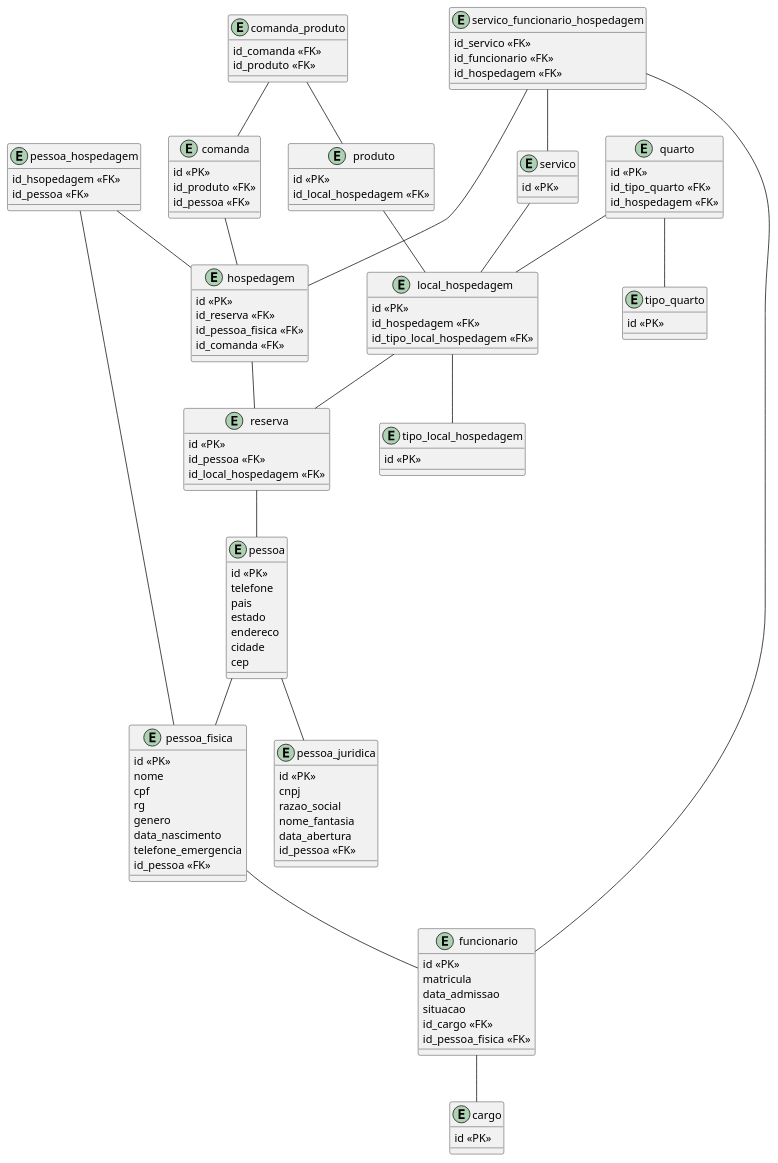
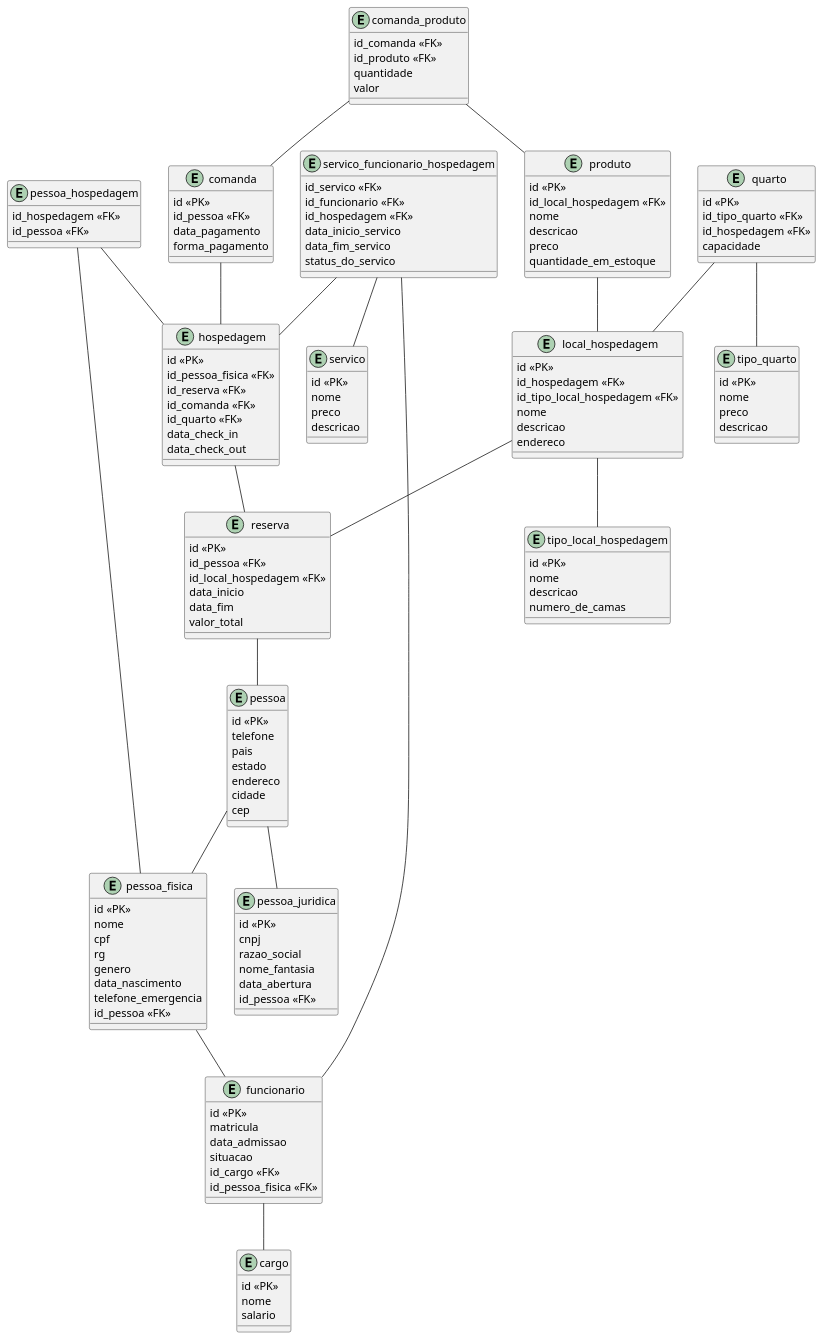
One commit to Berjooj/Pratica-DB-A1-N1 changed the diagram in Hospedagem.plantuml. Above: the diagram before and after it, drawn with PlantUML. The commit also changed 1 other file, not shown here.

Commit message:
Ajustes ER

```diff
--- a/Hospedagem.plantuml
+++ b/Hospedagem.plantuml
@@ -1,143 +1,172 @@
 @startuml Hospedagem
 
 entity pessoa{
     id <<PK>>
     telefone
     pais
     estado
     endereco
     cidade
     cep
 }
 
 entity pessoa_fisica{
     id <<PK>>
     nome
     cpf
     rg
     genero
     data_nascimento
     telefone_emergencia
     id_pessoa <<FK>>
 }
 
 entity pessoa_juridica{
     id <<PK>>
     cnpj
     razao_social
     nome_fantasia
     data_abertura
     id_pessoa <<FK>>
 }
 
 entity cargo{
     id <<PK>>
+    nome
+    salario
 }
 
 entity funcionario{
     id <<PK>>
     matricula
     data_admissao
     situacao
     id_cargo <<FK>>
     id_pessoa_fisica <<FK>>
 }
 
 entity reserva{
     id <<PK>>
     id_pessoa <<FK>>
     id_local_hospedagem <<FK>>
+    data_inicio
+    data_fim
+    valor_total
 }
 
 entity hospedagem{
     id <<PK>>
+    id_pessoa_fisica <<FK>>
     id_reserva <<FK>>
-    id_pessoa_fisica <<FK>>
     id_comanda <<FK>>
+    id_quarto <<FK>>
+    data_check_in
+    data_check_out
+}
+
+entity pessoa_hospedagem{
+    id_hospedagem <<FK>>
+    id_pessoa <<FK>>
 }
 
 entity tipo_local_hospedagem{
     id <<PK>>
+    nome
+    descricao
+    numero_de_camas
 }
 
 entity local_hospedagem{
     id <<PK>>
     id_hospedagem <<FK>>
     id_tipo_local_hospedagem <<FK>>
+    nome
+    descricao
+    endereco
 }
 
 entity tipo_quarto{
     id <<PK>>
+    nome
+    preco
+    descricao
 }
 
 entity quarto{
     id <<PK>>
     id_tipo_quarto <<FK>>
     id_hospedagem <<FK>>
+    capacidade
 }
 
 entity servico{
     id <<PK>>
+    nome
+    preco
+    descricao
 }
 
 entity servico_funcionario_hospedagem{
     id_servico <<FK>>
     id_funcionario <<FK>>
     id_hospedagem <<FK>>
+    data_inicio_servico
+    data_fim_servico
+    status_do_servico
 }
 
 entity produto{
     id <<PK>>
     id_local_hospedagem <<FK>>
+    nome
+    descricao
+    preco
+    quantidade_em_estoque
 }
 
 entity comanda_produto{
     id_comanda <<FK>>
     id_produto <<FK>>
+    quantidade
+    valor
 }
 
 entity comanda{
     id <<PK>>
-    id_produto <<FK>>
     id_pessoa <<FK>>
+    data_pagamento
+    forma_pagamento
 }
-entity pessoa_hospedagem{
-    id_hsopedagem <<FK>>
-    id_pessoa <<FK>>
-}
-
 
 pessoa -- pessoa_fisica
 pessoa -- pessoa_juridica
 
 pessoa_fisica -- funcionario
 
 funcionario -- cargo
 
 reserva -- pessoa
 
 hospedagem -- reserva
 
 local_hospedagem -- tipo_local_hospedagem
 local_hospedagem -- reserva
 
 quarto -- tipo_quarto
 quarto -- local_hospedagem
 
 servico_funcionario_hospedagem -- servico
 servico_funcionario_hospedagem -- funcionario
 servico_funcionario_hospedagem -- hospedagem
 
-servico -- local_hospedagem
-
 produto -- local_hospedagem
 
 comanda -- hospedagem
 
 comanda_produto -- comanda
 comanda_produto -- produto
 
 pessoa_hospedagem -- hospedagem
 pessoa_hospedagem -- pessoa_fisica
 
 @enduml
```
